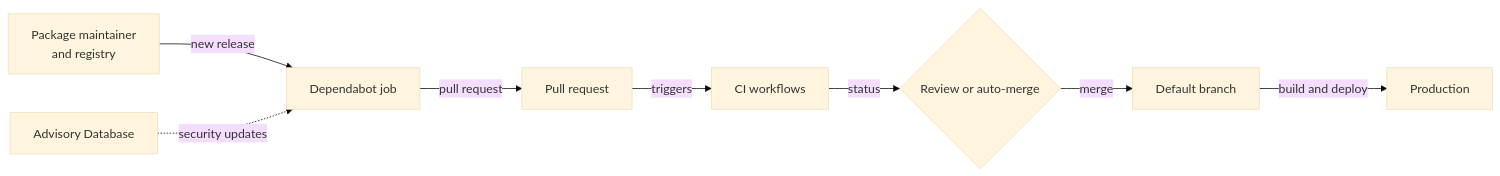
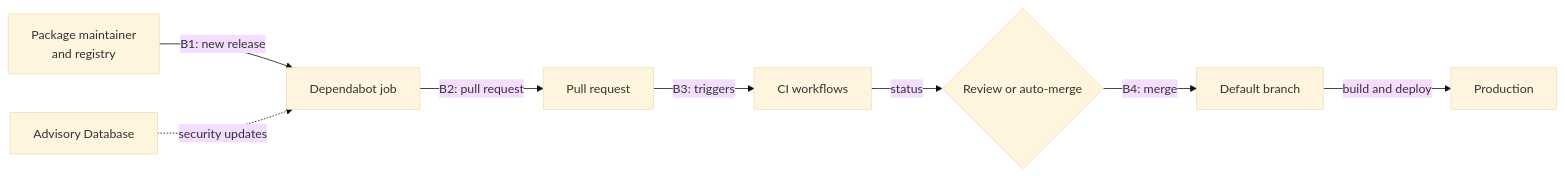
The diagram in _posts/2026-11-05-dependency-update-path-threat-model.md (rya-sge/access-denied), drawn with Mermaid (base theme) before and after one commit. The commit also changed other lines of this file and 24 other files, not shown here.

````diff
--- a/_posts/2026-11-05-dependency-update-path-threat-model.md
+++ b/_posts/2026-11-05-dependency-update-path-threat-model.md
@@ -43,10 +44,10 @@
 ```mermaid
 flowchart LR
-    M["Package maintainer<br/>and registry"] -->|"new release"| D["Dependabot job"]
+    M["Package maintainer<br/>and registry"] -->|"B1: new release"| D["Dependabot job"]
     ADV["Advisory Database"] -.->|"security updates"| D
-    D -->|"pull request"| PR["Pull request"]
-    PR -->|"triggers"| CI["CI workflows"]
+    D -->|"B2: pull request"| PR["Pull request"]
+    PR -->|"B3: triggers"| CI["CI workflows"]
     CI -->|"status"| REV{"Review or auto-merge"}
-    REV -->|"merge"| MAIN["Default branch"]
+    REV -->|"B4: merge"| MAIN["Default branch"]
     MAIN -->|"build and deploy"| PROD["Production"]
 ```
````
